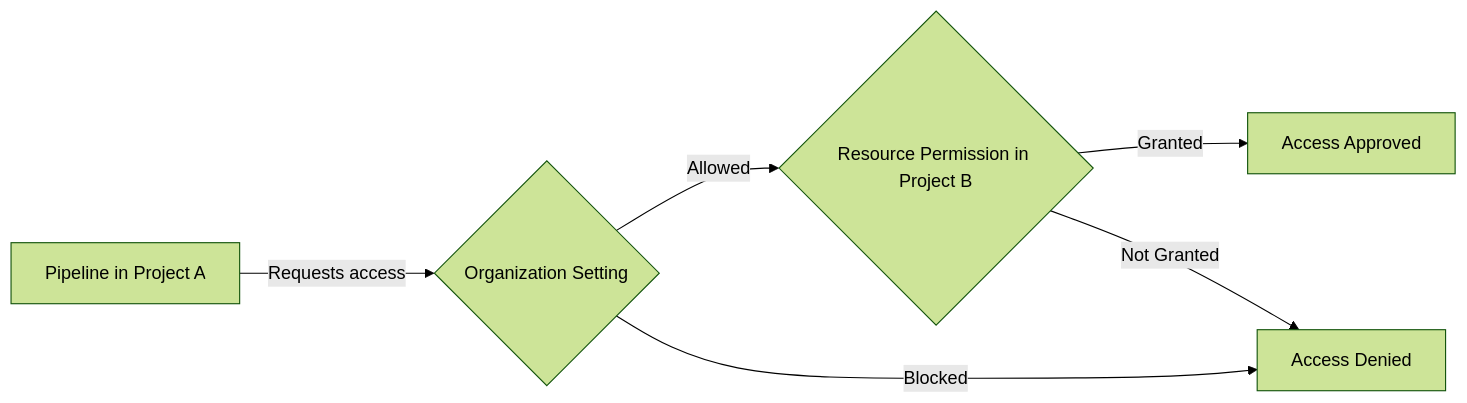
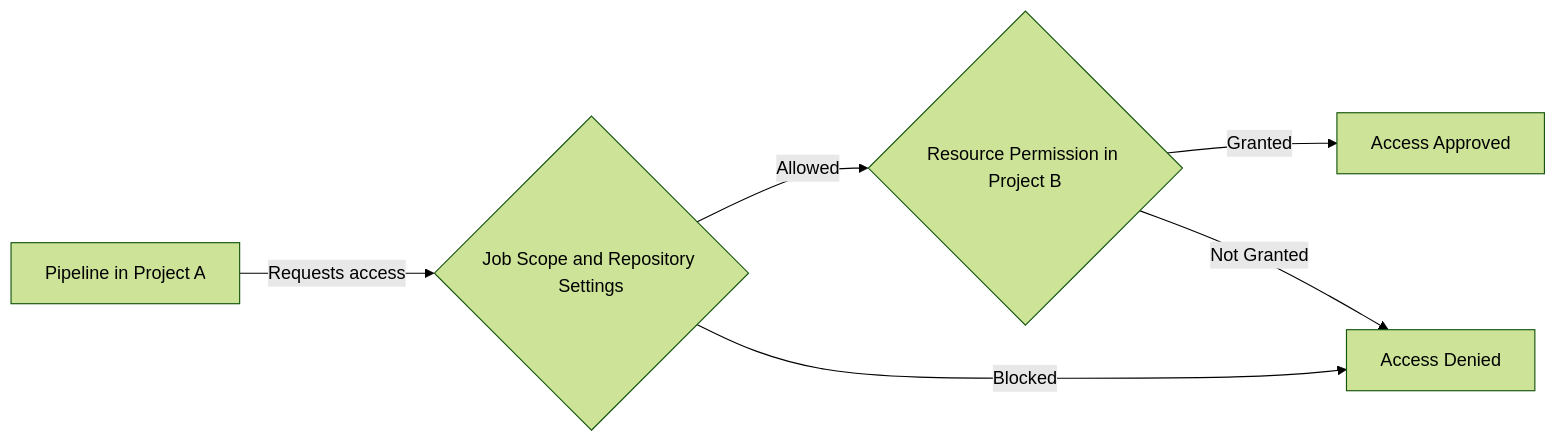
One commit to OneUptime/blog changed the diagram in posts/2026-02-16-how-to-configure-azure-devops-organization-settings-for-cross-project-pipeline-access/README.md. Above: the diagram before and after it, drawn with Mermaid (forest theme). The commit also changed other lines of this file and 2 other files, not shown here.

Commit message:
validate: 2026-02-16-how-to-configure-azure-devops-organization-settings-for-cross-project-pipeline-access

````diff
--- a/posts/2026-02-16-how-to-configure-azure-devops-organization-settings-for-cross-project-pipeline-access/README.md
+++ b/posts/2026-02-16-how-to-configure-azure-devops-organization-settings-for-cross-project-pipeline-access/README.md
@@ -27,8 +27,8 @@
 ```mermaid
 flowchart LR
-    A[Pipeline in Project A] -->|Requests access| B{Organization Setting}
+    A[Pipeline in Project A] -->|Requests access| B{Job Scope and Repository Settings}
     B -->|Allowed| C{Resource Permission in Project B}
     C -->|Granted| D[Access Approved]
     B -->|Blocked| E[Access Denied]
     C -->|Not Granted| E
 ```
````
